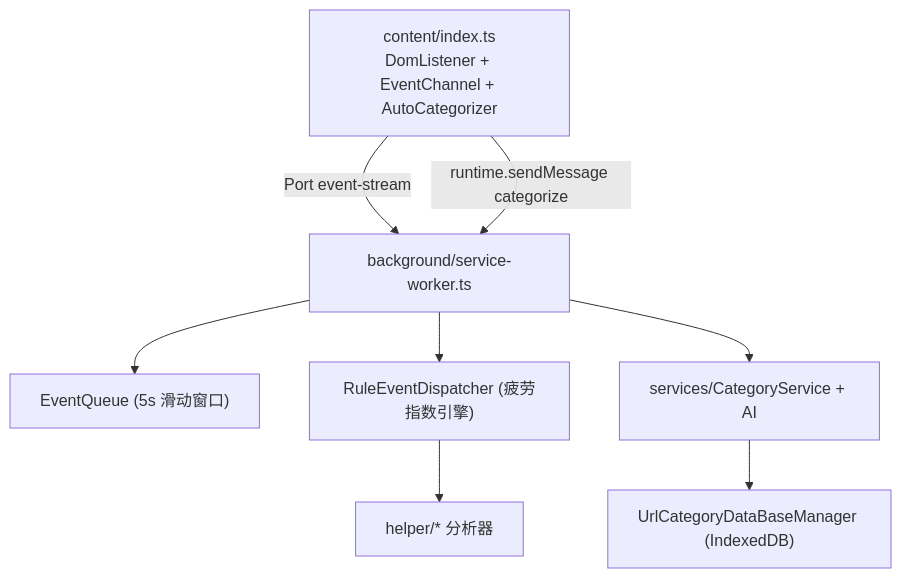
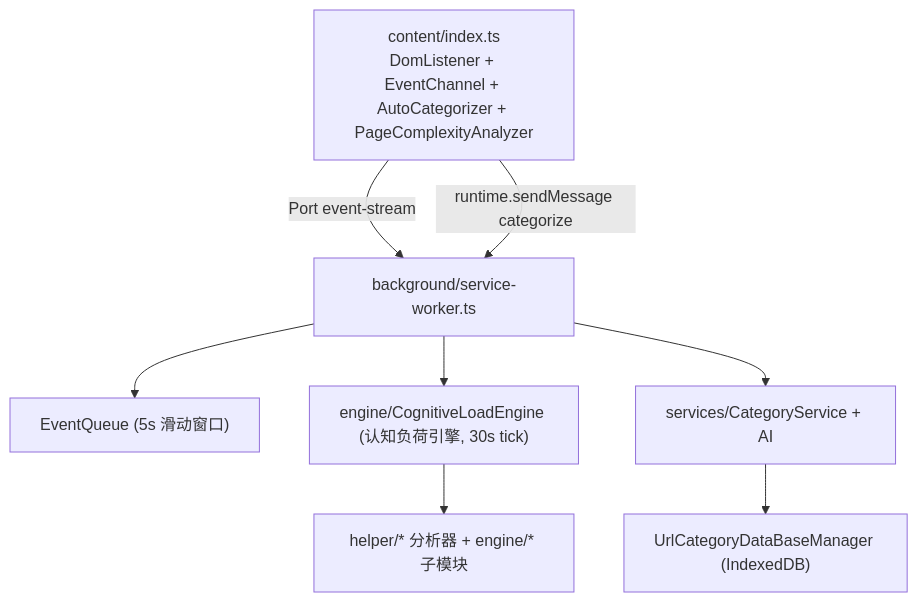
Before and after one commit to MingxuanGame/BrainRest: the first of 2 diagrams in .qoder/repowiki/zh/content/开发指南.md, drawn with Mermaid. The commit also changed other lines of this file and 70 other files, not shown here.

````diff
--- a/.qoder/repowiki/zh/content/开发指南.md
+++ b/.qoder/repowiki/zh/content/开发指南.md
@@ -52,10 +60,10 @@
 ```mermaid
 graph TB
-CT["content/index.ts<br/>DomListener + EventChannel + AutoCategorizer"] -->|Port event-stream| SW["background/service-worker.ts"]
+CT["content/index.ts<br/>DomListener + EventChannel + AutoCategorizer + PageComplexityAnalyzer"] -->|Port event-stream| SW["background/service-worker.ts"]
 CT -->|runtime.sendMessage categorize| SW
 SW --> Q["EventQueue (5s 滑动窗口)"]
-SW --> D["RuleEventDispatcher (疲劳指数引擎)"]
-D --> H["helper/* 分析器"]
+SW --> D["engine/CognitiveLoadEngine (认知负荷引擎, 30s tick)"]
+D --> H["helper/* 分析器 + engine/* 子模块"]
 SW --> CS["services/CategoryService + AI"]
 CS --> DB["UrlCategoryDataBaseManager (IndexedDB)"]
 ```
````
